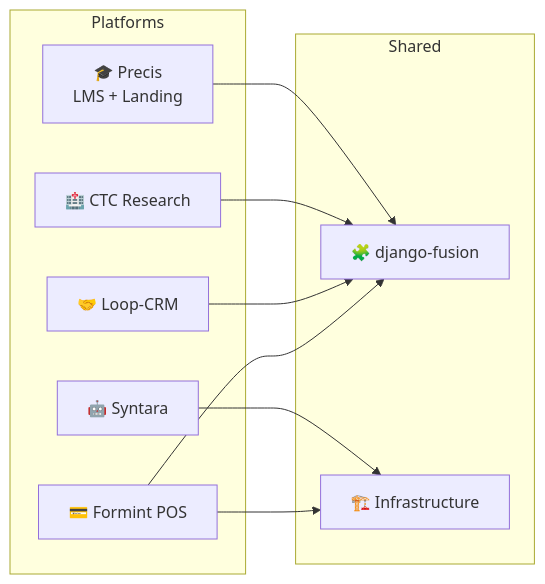
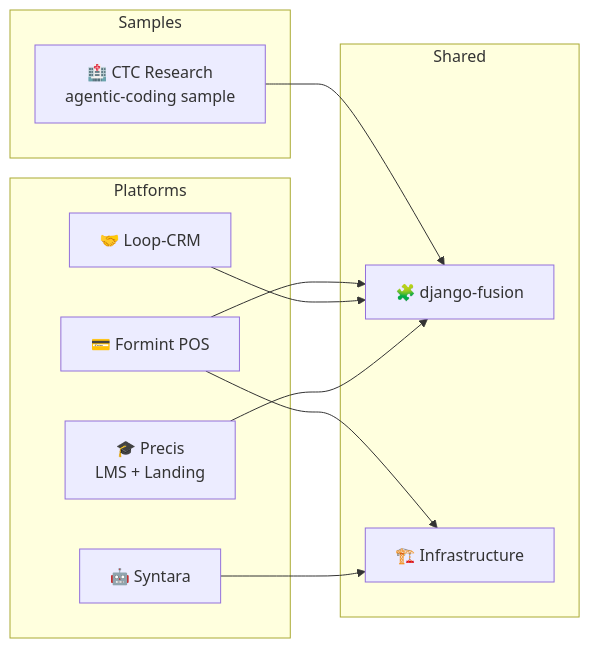
Before and after one commit to mammhoud/django-fusion: the diagram in docs/startup/README.md, drawn with Mermaid. The commit also changed other lines of this file and 307 other files, not shown here.

````diff
--- a/docs/startup/README.md
+++ b/docs/startup/README.md
@@ -45,20 +45,22 @@
 ```mermaid
 graph LR
     subgraph Platforms
         PRECIS[🎓 Precis<br/>LMS + Landing]
-        CTC[🏥 CTC Research]
         CRM[🤝 Loop-CRM]
         SYN[🤖 Syntara]
         POS[💳 Formint POS]
+    end
+    subgraph Samples
+        CTC[🏥 CTC Research<br/>agentic-coding sample]
     end
     subgraph Shared
         FUSION[🧩 django-fusion]
         INFRA[🏗️ Infrastructure]
     end
     PRECIS --> FUSION
-    CTC --> FUSION
     CRM --> FUSION
     POS --> FUSION
+    CTC --> FUSION
     SYN --> INFRA
     POS --> INFRA
 ```
````
